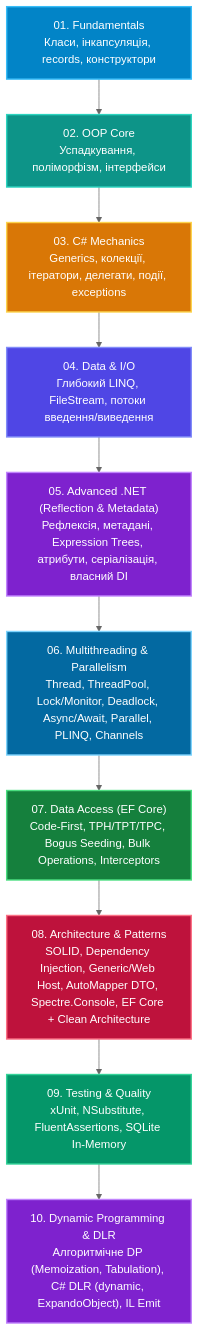
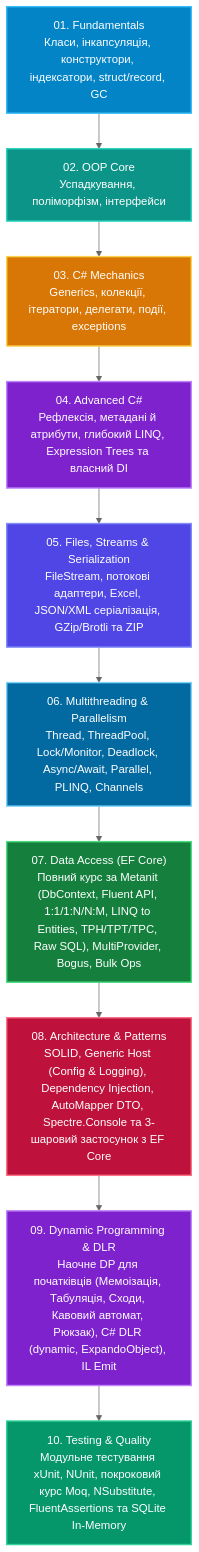
One commit to MrTomkaYurii/CSharp-OOP-Mastery changed the diagram in README.md. Above: the diagram before and after it, drawn with Mermaid (neutral theme). The commit also changed other lines of this file and 771 other files, not shown here.

Commit message:
feat(dp,testing,docs): simplify 09-Dynamic-Programming, expand 10-Testing-And-Quality (xUnit, NUnit, Moq), remove emojis and update master README

````diff
--- a/README.md
+++ b/README.md
@@ -16,25 +16,25 @@
 ```mermaid
 flowchart TD
     classDef fundClass fill:#0284c7,stroke:#38bdf8,color:#ffffff,stroke-width:2px;
     classDef oopClass fill:#0d9488,stroke:#2dd4bf,color:#ffffff,stroke-width:2px;
     classDef mechClass fill:#d97706,stroke:#fcd34d,color:#ffffff,stroke-width:2px;
     classDef dataClass fill:#4f46e5,stroke:#818cf8,color:#ffffff,stroke-width:2px;
     classDef metaClass fill:#7e22ce,stroke:#c084fc,color:#ffffff,stroke-width:2px;
     classDef mtClass fill:#0369a1,stroke:#7dd3fc,color:#ffffff,stroke-width:2px;
     classDef efClass fill:#15803d,stroke:#4ade80,color:#ffffff,stroke-width:2px;
     classDef archClass fill:#be123c,stroke:#fb7185,color:#ffffff,stroke-width:2px;
     classDef testClass fill:#059669,stroke:#34d399,color:#ffffff,stroke-width:2px;
 
-    M1["01. Fundamentals<br/>Класи, інкапсуляція, records, конструктори"]:::fundClass
+    M1["01. Fundamentals<br/>Класи, інкапсуляція, конструктори, індексатори, struct/record, GC"]:::fundClass
     M2["02. OOP Core<br/>Успадкування, поліморфізм, інтерфейси"]:::oopClass
     M3["03. C# Mechanics<br/>Generics, колекції, ітератори, делегати, події, exceptions"]:::mechClass
-    M4["04. Data & I/O<br/>Глибокий LINQ, FileStream, потоки введення/виведення"]:::dataClass
-    M5["05. Advanced .NET (Reflection & Metadata)<br/>Рефлексія, метадані, Expression Trees, атрибути, серіалізація, власний DI"]:::metaClass
+    M4["04. Advanced C#<br/>Рефлексія, метадані й атрибути, глибокий LINQ, Expression Trees та власний DI"]:::metaClass
+    M5["05. Files, Streams & Serialization<br/>FileStream, потокові адаптери, Excel, JSON/XML серіалізація, GZip/Brotli та ZIP"]:::dataClass
     M6["06. Multithreading & Parallelism<br/>Thread, ThreadPool, Lock/Monitor, Deadlock, Async/Await, Parallel, PLINQ, Channels"]:::mtClass
-    M7["07. Data Access (EF Core)<br/>Code-First, TPH/TPT/TPC, Bogus Seeding, Bulk Operations, Interceptors"]:::efClass
-    M8["08. Architecture & Patterns<br/>SOLID, Dependency Injection, Generic/Web Host, AutoMapper DTO, Spectre.Console, EF Core + Clean Architecture"]:::archClass
-    M9["09. Testing & Quality<br/>xUnit, NSubstitute, FluentAssertions, SQLite In-Memory"]:::testClass
-    M10["10. Dynamic Programming & DLR<br/>Алгоритмічне DP (Memoization, Tabulation), C# DLR (dynamic, ExpandoObject), IL Emit"]:::metaClass
+    M7["07. Data Access (EF Core)<br/>Повний курс за Metanit (DbContext, Fluent API, 1:1/1:N/N:M, LINQ to Entities, TPH/TPT/TPC, Raw SQL), MultiProvider, Bogus, Bulk Ops"]:::efClass
+    M8["08. Architecture & Patterns<br/>SOLID, Generic Host (Config & Logging), Dependency Injection, AutoMapper DTO, Spectre.Console та 3-шаровий застосунок з EF Core"]:::archClass
+    M9["09. Dynamic Programming & DLR<br/>Наочне DP для початківців (Мемоізація, Табуляція, Сходи, Кавовий автомат, Рюкзак), C# DLR (dynamic, ExpandoObject), IL Emit"]:::metaClass
+    M10["10. Testing & Quality<br/>Модульне тестування xUnit, NUnit, покроковий курс Moq, NSubstitute, FluentAssertions та SQLite In-Memory"]:::testClass
 
     M1 --> M2 --> M3 --> M4 --> M5 --> M6 --> M7 --> M8 --> M9 --> M10
 ```
````
